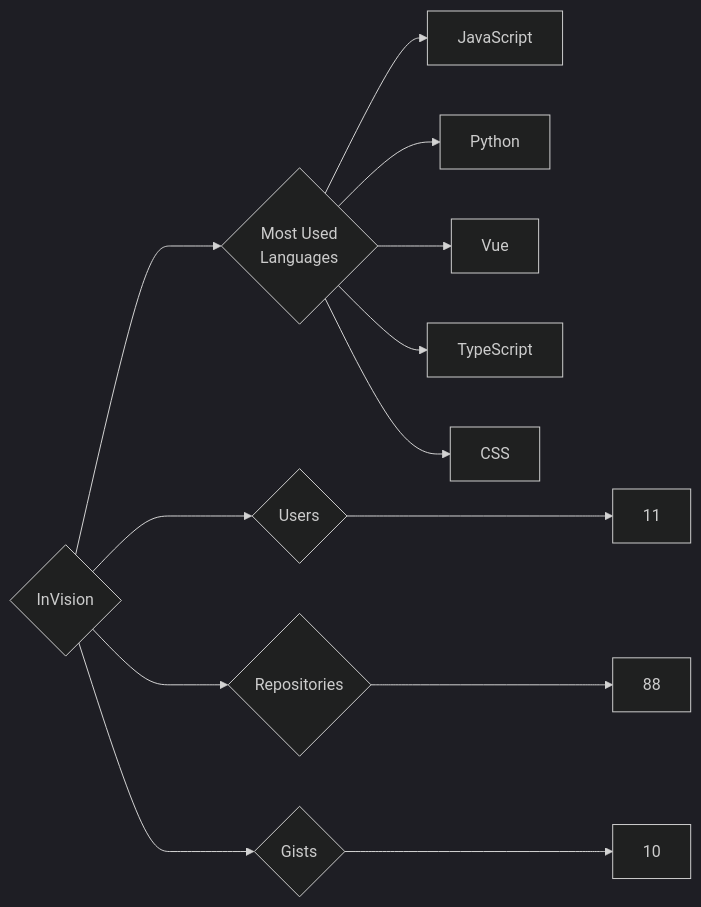
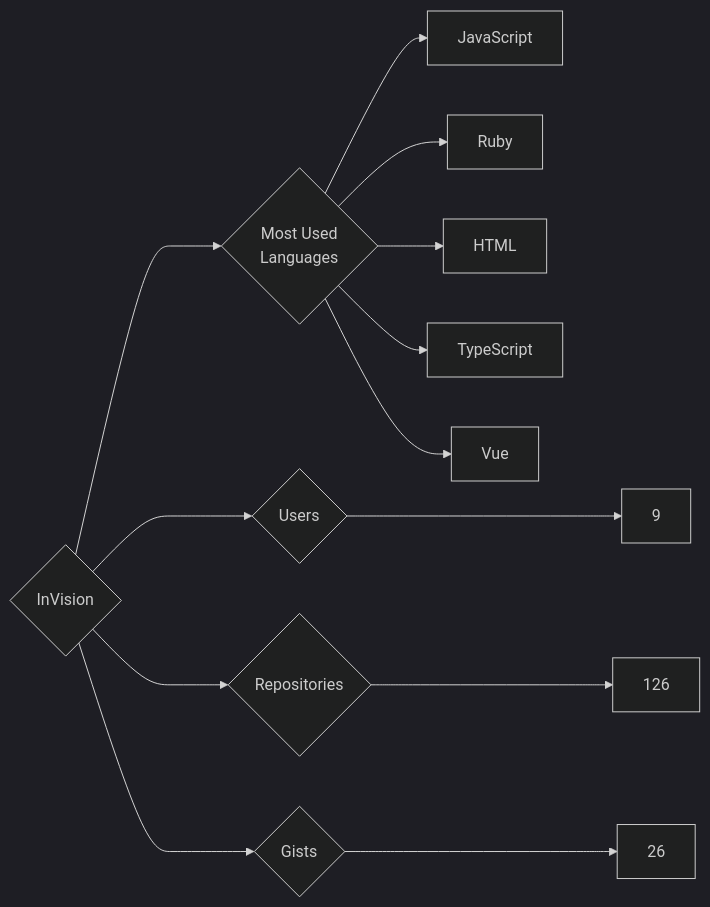
One commit to trickest/insiders changed the diagram in targets/InVision/README.md. Above: the diagram before and after it, drawn with Mermaid (dark theme). The commit also changed 965 other files, not shown here.

````diff
--- a/targets/InVision/README.md
+++ b/targets/InVision/README.md
@@ -3,13 +3,13 @@
 ```mermaid
 graph LR
 COMPANY_NAME{InVision}
-COMPANY_NAME ---> U{Users} ---> UN[11]
-COMPANY_NAME ---> R{Repositories} ---> RN[88]
-COMPANY_NAME ---> G{Gists} ---> GN[10]
+COMPANY_NAME ---> U{Users} ---> UN[9]
+COMPANY_NAME ---> R{Repositories} ---> RN[126]
+COMPANY_NAME ---> G{Gists} ---> GN[26]
 COMPANY_NAME ---> ML{Most Used<br>Languages}
 ML --> JavaScript[JavaScript]
-ML --> Python[Python]
+ML --> Ruby[Ruby]
+ML --> HTML[HTML]
+ML --> TypeScript[TypeScript]
 ML --> Vue[Vue]
-ML --> TypeScript[TypeScript]
-ML --> CSS[CSS]
 ```
````
